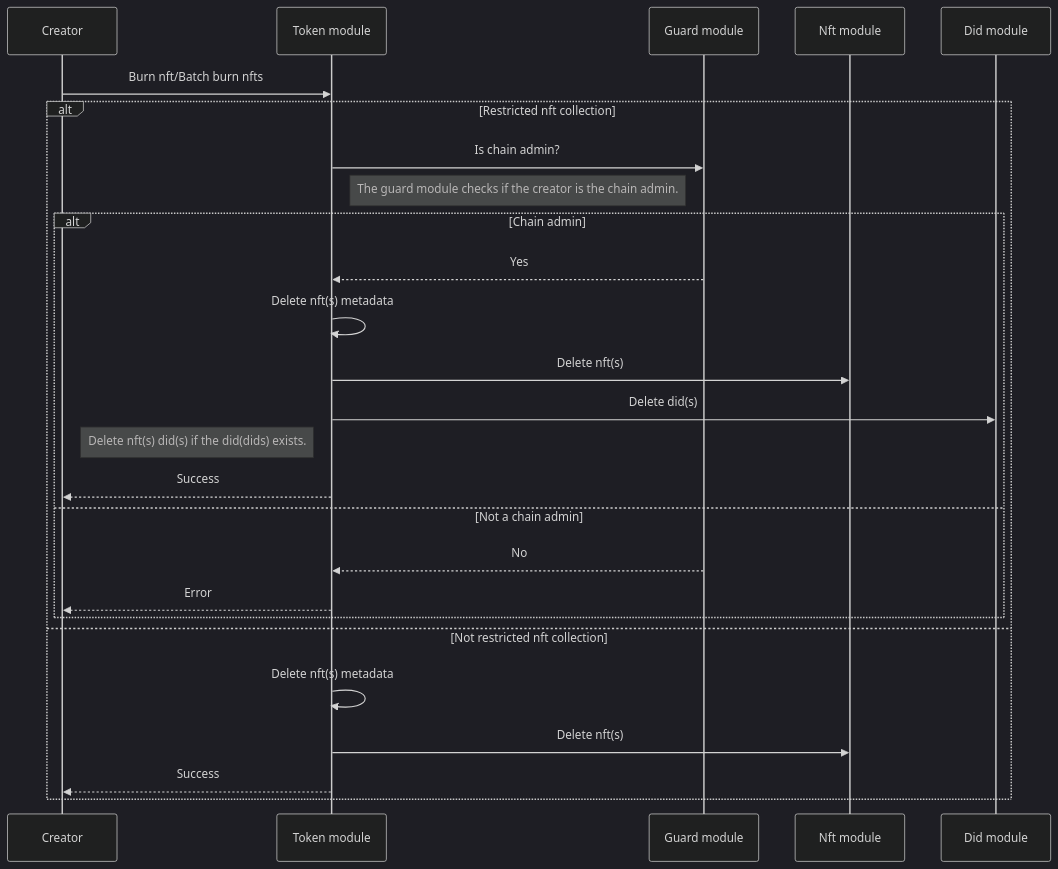
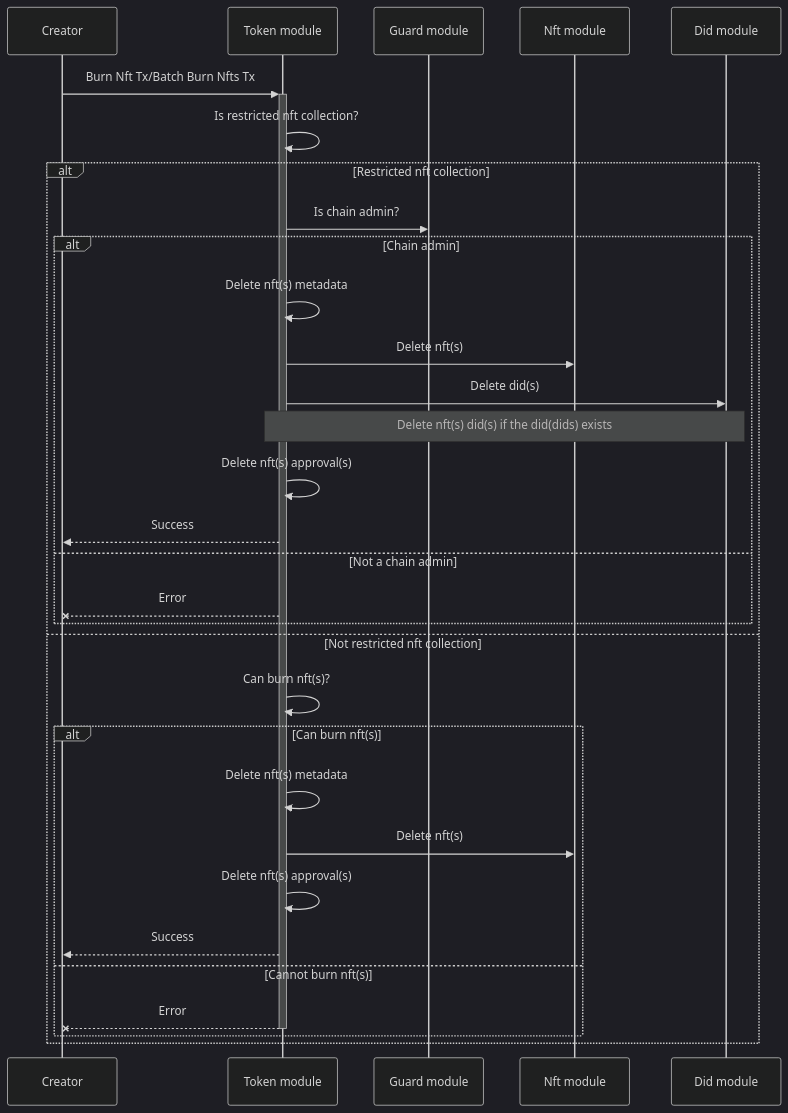
One commit to MANTRA-Chain/mantrachain changed the third of 7 diagrams in x/token/spec/01_txs_flows.md. Above: the diagram before and after it, drawn with Mermaid (dark theme). The commit also changed other lines of this file and 12 other files, not shown here.

Commit message:
docs: add update txs flows docs

````diff
--- a/x/token/spec/01_txs_flows.md
+++ b/x/token/spec/01_txs_flows.md
@@ -57,23 +58,28 @@
 ```mermaid
 sequenceDiagram
-Creator ->> Token module: Burn nft/Batch burn nfts
+Creator->>+Token module: Burn Nft Tx/Batch Burn Nfts Tx
+Token module->>Token module: Is restricted nft collection?
 alt Restricted nft collection
   Token module->>Guard module: Is chain admin?
-  Note left of Guard module: The guard module checks if the creator is the chain admin.
   alt Chain admin
-    Guard module-->> Token module: Yes
-    Token module->> Token module: Delete nft(s) metadata
-    Token module->> Nft module: Delete nft(s)
+    Token module->>Token module: Delete nft(s) metadata
+    Token module->>Nft module: Delete nft(s)
     Token module->> Did module: Delete did(s)
-    Note left of Token module: Delete nft(s) did(s) if the did(dids) exists.
-    Token module-->> Creator: Success
+    Note over Token module, Did module: Delete nft(s) did(s) if the did(dids) exists
+    Token module->>Token module: Delete nft(s) approval(s)
+    Token module-->>Creator: Success
   else Not a chain admin
-    Guard module-->> Token module: No
-    Token module-->> Creator: Error
+    Token module--xCreator: Error
   end
 else Not restricted nft collection
-  Token module->> Token module: Delete nft(s) metadata
-  Token module->> Nft module: Delete nft(s)
-  Token module-->> Creator: Success
+  Token module->>Token module: Can burn nft(s)?
+  alt Can burn nft(s)
+    Token module->>Token module: Delete nft(s) metadata
+    Token module->>Nft module: Delete nft(s)
+    Token module->>Token module: Delete nft(s) approval(s)
+    Token module-->>Creator: Success
+  else Cannot burn nft(s)
+    Token module--x-Creator: Error
+  end
 end
 ```
````
